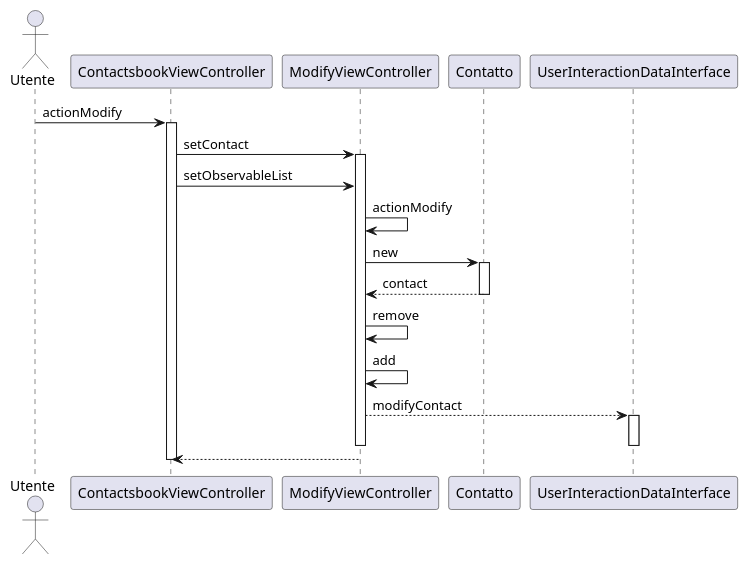
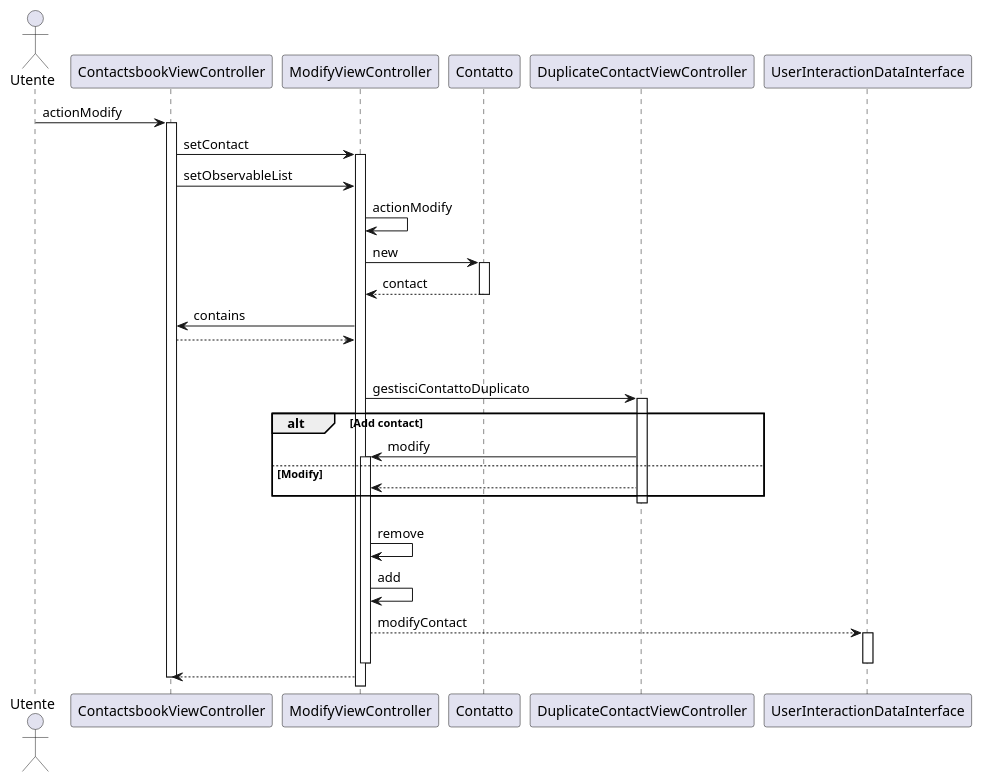
Before and after one commit to CupoMeridio/Ingegneria-del-software-2024-2025: the diagram in src/main/resources/SequenceDiagrams/SequenceDiagram_actionModify.puml, drawn with PlantUML.

Commit message:
modifiche a sequencediagram actionModify

```diff
--- a/src/main/resources/SequenceDiagrams/SequenceDiagram_actionModify.puml
+++ b/src/main/resources/SequenceDiagrams/SequenceDiagram_actionModify.puml
@@ -1,27 +1,41 @@
 @startuml
 actor Utente
 participant ContactsbookViewController
 participant ModifyViewController
 participant "Contatto" as Contact
+participant DuplicateContactViewController
 participant UserInteractionDataInterface
 
 
 Utente -> ContactsbookViewController: actionModify
 activate ContactsbookViewController
 ContactsbookViewController->ModifyViewController: setContact
 activate ModifyViewController
 ContactsbookViewController->ModifyViewController: setObservableList
 ModifyViewController -> ModifyViewController: actionModify
 ModifyViewController->Contact: new
 activate Contact
 Contact-->ModifyViewController: contact
 deactivate Contact
+ModifyViewController->ContactsbookViewController: contains
+ContactsbookViewController-->ModifyViewController
+alt Contatto duplicato
+    ModifyViewController -> DuplicateContactViewController: gestisciContattoDuplicato
+    activate DuplicateContactViewController
+    alt Add contact
+        DuplicateContactViewController->ModifyViewController: modify
+    activate ModifyViewController
+    else Modify
+        DuplicateContactViewController-->ModifyViewController
+    end
+    deactivate DuplicateContactViewController 
+else Contatto non duplicato
 ModifyViewController->ModifyViewController: remove
 ModifyViewController->ModifyViewController: add
 ModifyViewController-->UserInteractionDataInterface: modifyContact
 activate UserInteractionDataInterface
 deactivate ModifyViewController
 deactivate UserInteractionDataInterface
 ModifyViewController-->ContactsbookViewController
 deactivate ContactsbookViewController
 @enduml 
```
